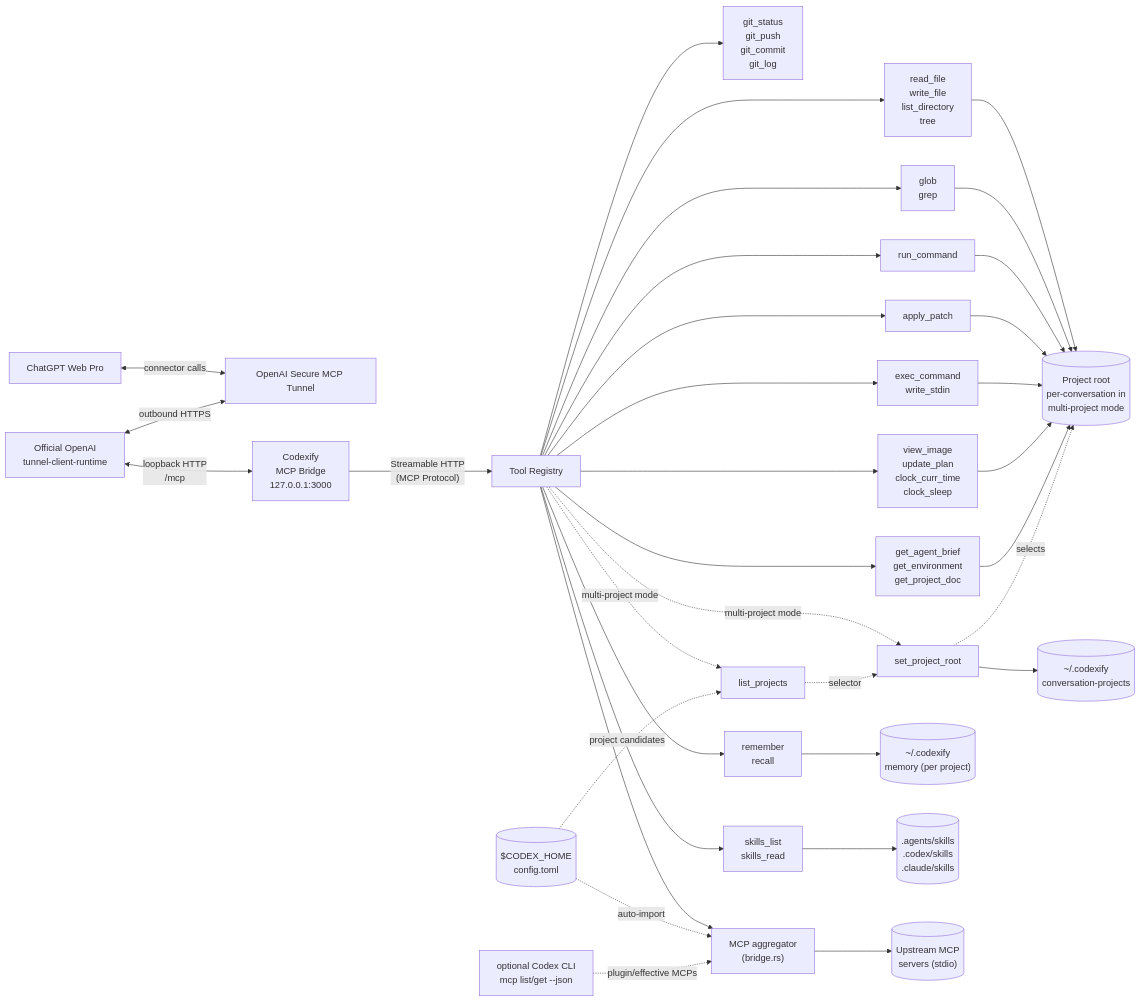
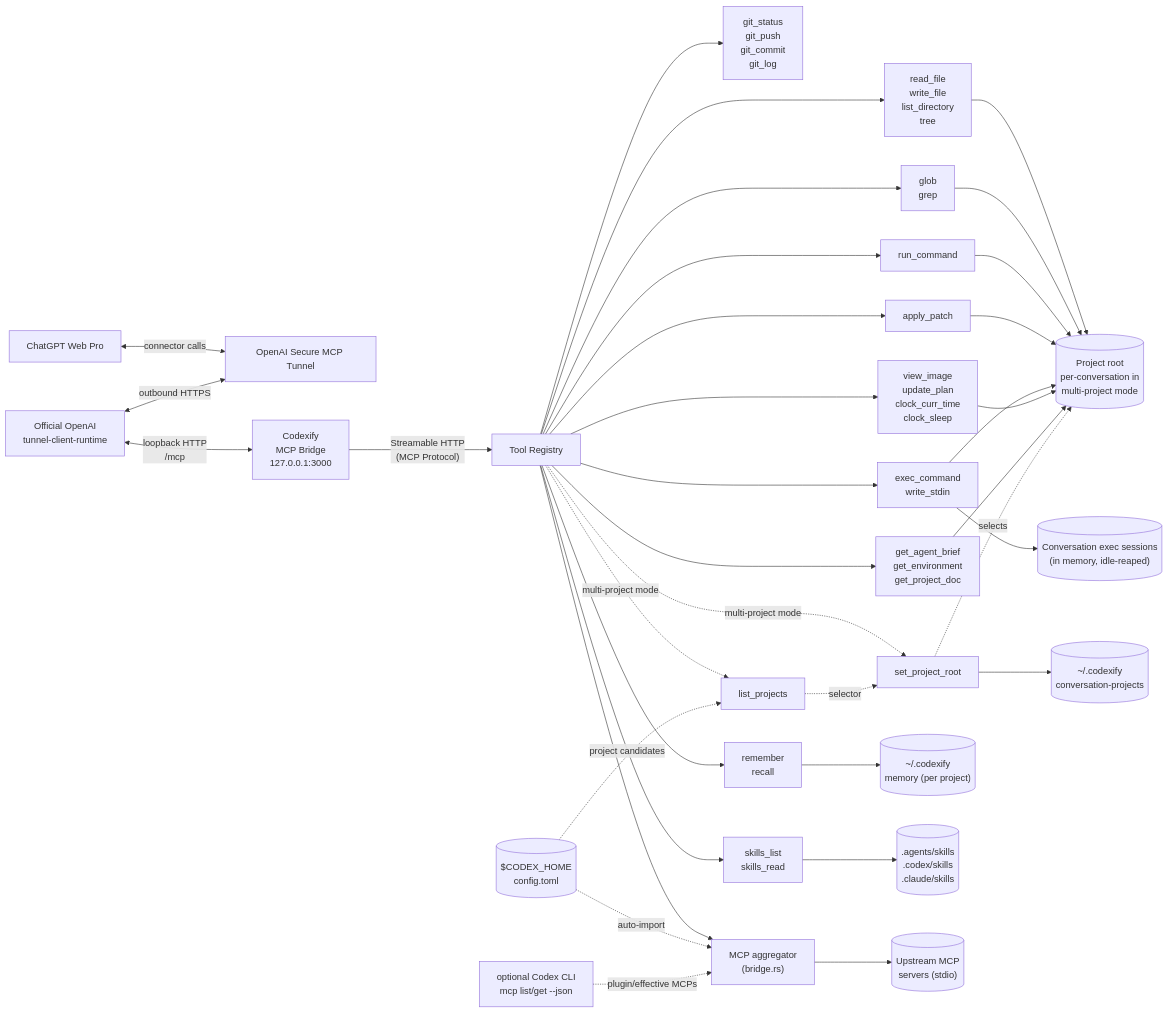
The diagram in README.md (thesunwave/codexify), drawn with Mermaid before and after one commit. The commit also changed other lines of this file and 8 other files, not shown here.

Commit message:
fix(exec): preserve ChatGPT resident sessions across reconnects

````diff
--- a/README.md
+++ b/README.md
@@ -15,65 +15,67 @@
 ```mermaid
 flowchart LR
     ChatGPT["ChatGPT Web Pro"]
     OpenAITunnel["OpenAI Secure MCP Tunnel"]
     TunnelClient["Official OpenAI\ntunnel-client-runtime"]
     Server["Codexify\nMCP Bridge\n127.0.0.1:3000"]
     Tools["Tool Registry"]
 
     FS["read_file\nwrite_file\nlist_directory\ntree"]
     Search["glob\ngrep"]
     Shell["run_command"]
     Git["git_status\ngit_push\ngit_commit\ngit_log"]
     Edit["apply_patch"]
     Exec["exec_command\nwrite_stdin"]
     Agent["view_image\nupdate_plan\nclock_curr_time\nclock_sleep"]
     Env["get_agent_brief\nget_environment\nget_project_doc"]
     Mem["remember\nrecall"]
     Skills["skills_list\nskills_read"]
     ListProjects["list_projects"]
     SetRoot["set_project_root"]
     Bridge["MCP aggregator\n(bridge.rs)"]
     WorkDir[("Project root\nper-conversation in\nmulti-project mode")]
     State[("~/.codexify\nmemory (per project)")]
     Bindings[("~/.codexify\nconversation-projects")]
+    ExecSessions[("Conversation exec sessions\n(in memory, idle-reaped)")]
     SkillDirs[(".agents/skills\n.codex/skills\n.claude/skills")]
     CodexCfg[("$CODEX_HOME\nconfig.toml")]
     CodexCli["optional Codex CLI\nmcp list/get --json"]
     Upstream[("Upstream MCP\nservers (stdio)")]
 
     ChatGPT <-->|"connector calls"| OpenAITunnel
     TunnelClient <-->|"outbound HTTPS"| OpenAITunnel
     TunnelClient <-->|"loopback HTTP\n/mcp"| Server
     Server -- "Streamable HTTP\n(MCP Protocol)" --> Tools
 
     Tools --> FS
     Tools --> Search
     Tools --> Shell
     Tools --> Git
     Tools --> Edit
     Tools --> Exec
     Tools --> Agent
     Tools --> Env
     Tools --> Mem
     Tools --> Skills
     Tools -.->|"multi-project mode"| ListProjects
     Tools -.->|"multi-project mode"| SetRoot
     Tools --> Bridge
 
     FS --> WorkDir
     Search --> WorkDir
     Shell --> WorkDir
     Edit --> WorkDir
     Exec --> WorkDir
     Agent --> WorkDir
     Env --> WorkDir
     Mem --> State
     Skills --> SkillDirs
     ListProjects -.->|"selector"| SetRoot
     SetRoot --> Bindings
+    Exec --> ExecSessions
     SetRoot -.->|"selects"| WorkDir
     CodexCfg -.->|"project candidates"| ListProjects
     CodexCfg -.->|"auto-import"| Bridge
     CodexCli -.->|"plugin/effective MCPs"| Bridge
     Bridge --> Upstream
 ```
````
